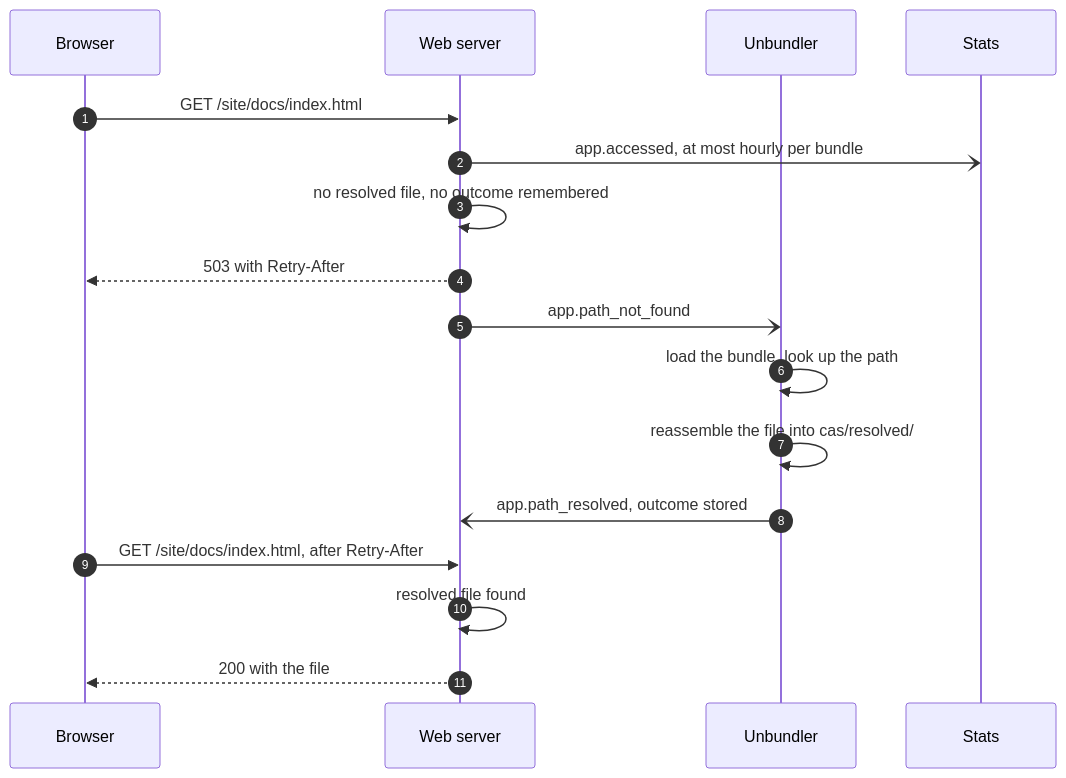
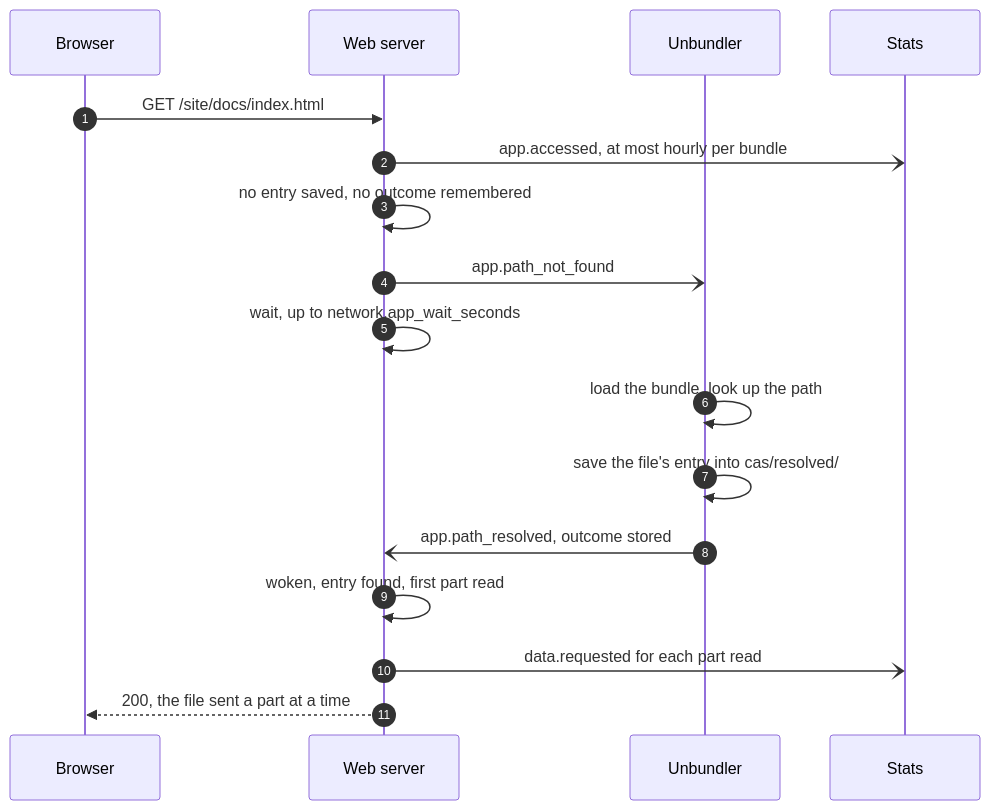
One commit to marcpage/libranet changed diagram 11 of 13 in docs/implementation/Module System.md. Above: the diagram before and after it, drawn with Mermaid. The commit also changed other lines of this file and 28 other files, not shown here.

````diff
--- a/docs/implementation/Module System.md
+++ b/docs/implementation/Module System.md
@@ -1030,20 +1036,20 @@
 ```mermaid
 sequenceDiagram
     autonumber
     participant browser as Browser
     participant web as Web server
     participant unb as Unbundler
     participant stats as Stats
 
     browser->>web: GET /site/docs/index.html
     web-)stats: app.accessed, at most hourly per bundle
-    web->>web: no resolved file, no outcome remembered
-    web-->>browser: 503 with Retry-After
+    web->>web: no entry saved, no outcome remembered
     web-)unb: app.path_not_found
+    web->>web: wait, up to network.app_wait_seconds
     unb->>unb: load the bundle, look up the path
-    unb->>unb: reassemble the file into cas/resolved/
+    unb->>unb: save the file's entry into cas/resolved/
     unb-)web: app.path_resolved, outcome stored
-    browser->>web: GET /site/docs/index.html, after Retry-After
-    web->>web: resolved file found
-    web-->>browser: 200 with the file
+    web->>web: woken, entry found, first part read
+    web-)stats: data.requested for each part read
+    web-->>browser: 200, the file sent a part at a time
 ```
````
